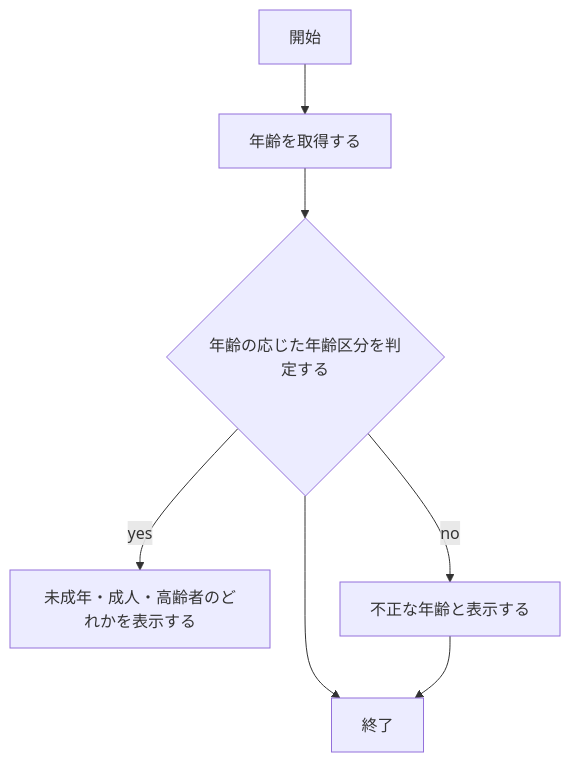
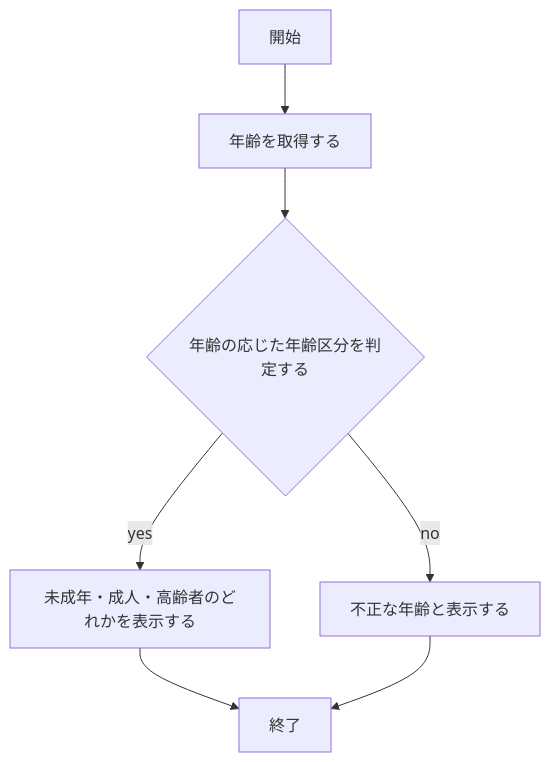
One commit to konouekenyu/webpro_06 changed the fourth of 4 diagrams in README.md. Above: the diagram before and after it, drawn with Mermaid.

Commit message:
README.md

````diff
--- a/README.md
+++ b/README.md
@@ -70,13 +70,13 @@
 ```mermaid
 flowchart TD;
 
 start["開始"];
 end3["終了"]
 
 start --> E["年齢を取得する"];
 E --> F{"年齢の応じた年齢区分を判定する"};
 F --> |yes| G["未成年・成人・高齢者のどれかを表示する"];
 F --> |no| H["不正な年齢と表示する"];
-F --> end3
+G --> end3
 H --> end3
 ```
````
